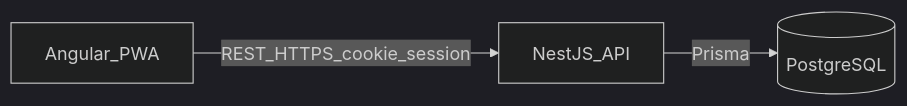
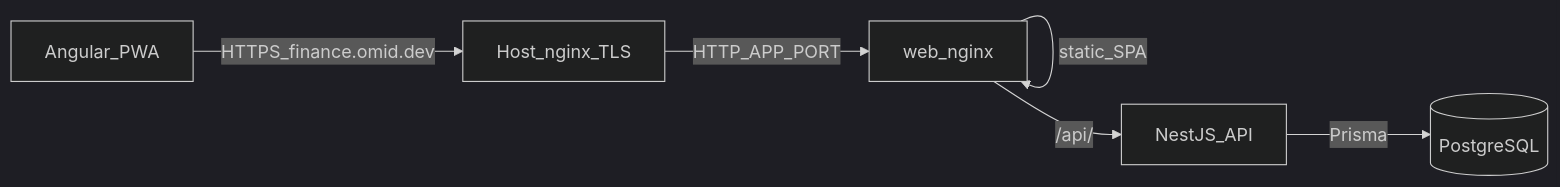
Before and after one commit to omidfarhang/finance-omid-dev: the diagram in docs/design.md, drawn with Mermaid (dark theme). The commit also changed other lines of this file and 14 other files, not shown here.

````diff
--- a/docs/design.md
+++ b/docs/design.md
@@ -38,8 +39,13 @@
 ```mermaid
 flowchart LR
   browser[Angular_PWA]
+  hostNginx[Host_nginx_TLS]
+  web[web_nginx]
   api[NestJS_API]
   db[(PostgreSQL)]
-  browser -->|REST_HTTPS_cookie_session| api
+  browser -->|HTTPS_finance.omid.dev| hostNginx
+  hostNginx -->|HTTP_APP_PORT| web
+  web -->|static_SPA| web
+  web -->|/api/| api
   api -->|Prisma| db
 ```
````
